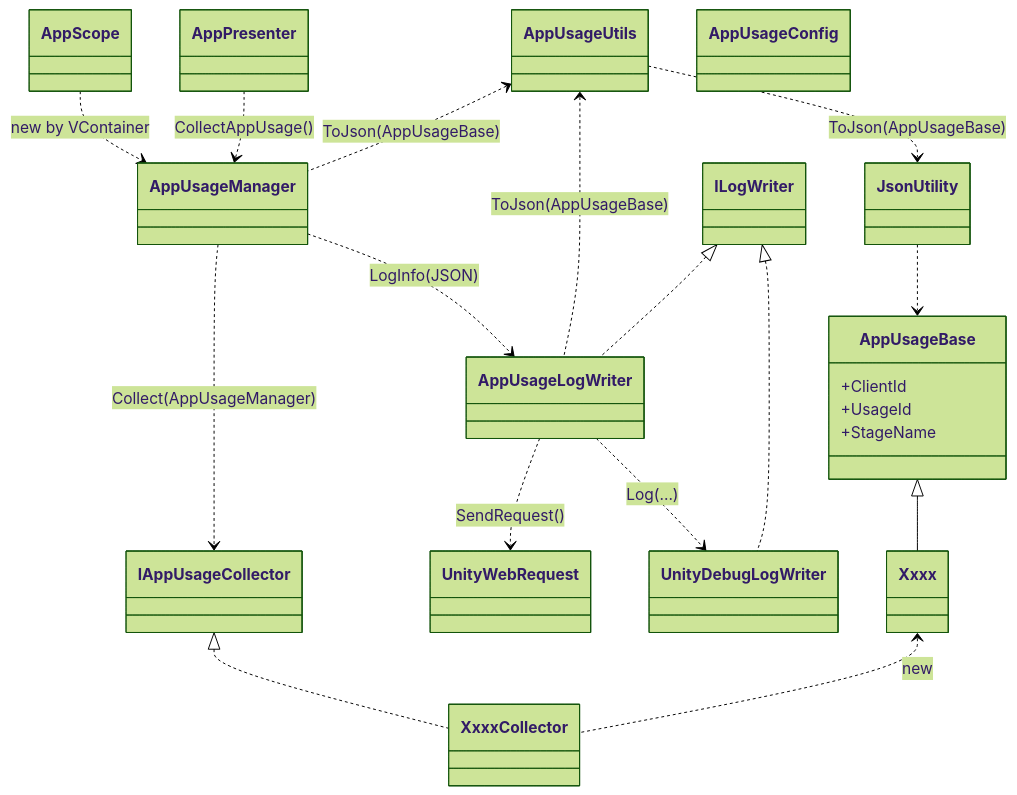
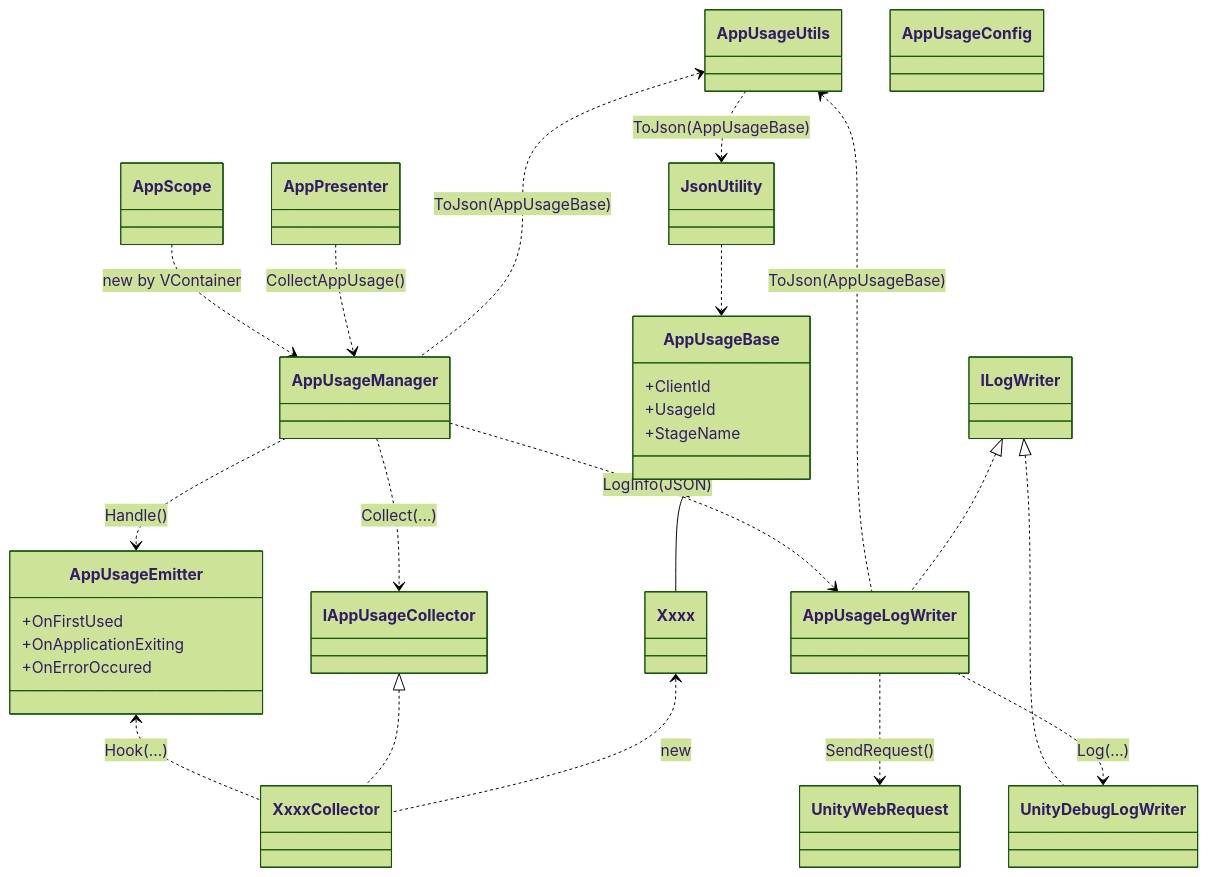
The second of 2 diagrams in docs/sample-app/dev-guide.md (extreal-dev/Extreal.Guide), drawn with Mermaid (forest theme) before and after one commit. The commit also changed other lines of this file and 1 other file, not shown here.

Commit message:
Reflect more refactoring

````diff
--- a/docs/sample-app/dev-guide.md
+++ b/docs/sample-app/dev-guide.md
@@ -618,28 +618,36 @@
 ```mermaid
 classDiagram
 
     AppScope ..> AppUsageManager: new by VContainer
     AppPresenter ..> AppUsageManager: CollectAppUsage()
-    AppUsageManager ..> IAppUsageCollector: Collect(AppUsageManager)
+    AppUsageManager ..> IAppUsageCollector: Collect(...)
+    AppUsageManager ..> AppUsageEmitter: Handle()
+    AppUsageEmitter <.. XxxxCollector: Hook(...)
     IAppUsageCollector <|.. XxxxCollector
     AppUsageManager ..> AppUsageLogWriter: LogInfo(JSON)
     AppUsageUtils <.. AppUsageManager: ToJson(AppUsageBase)
     AppUsageUtils <.. AppUsageLogWriter: ToJson(AppUsageBase)
     AppUsageUtils ..> JsonUtility: ToJson(AppUsageBase)
     JsonUtility ..> AppUsageBase
     ILogWriter <|.. AppUsageLogWriter
     ILogWriter <|.. UnityDebugLogWriter
     AppUsageLogWriter ..> UnityWebRequest: SendRequest()
     AppUsageLogWriter ..> UnityDebugLogWriter: Log(...)
     AppUsageBase <|-- Xxxx
     Xxxx <.. XxxxCollector: new
 
     class AppUsageBase {
         +ClientId
         +UsageId
         +StageName
     }
-    
+
+    class AppUsageEmitter {
+        +OnFirstUsed
+        +OnApplicationExiting
+        +OnErrorOccured
+    }
+
     class AppUsageConfig {
     }
 ```
````
